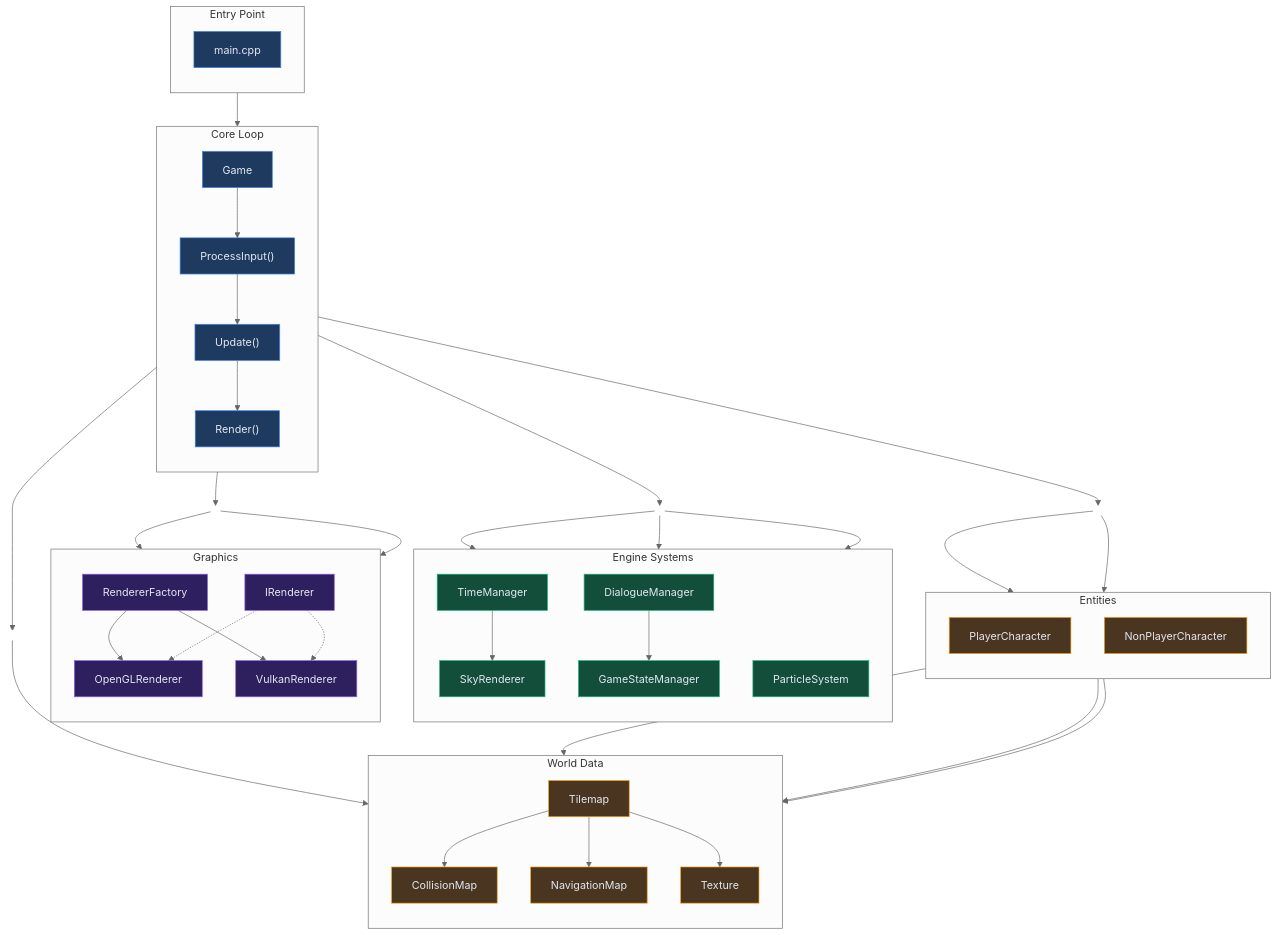
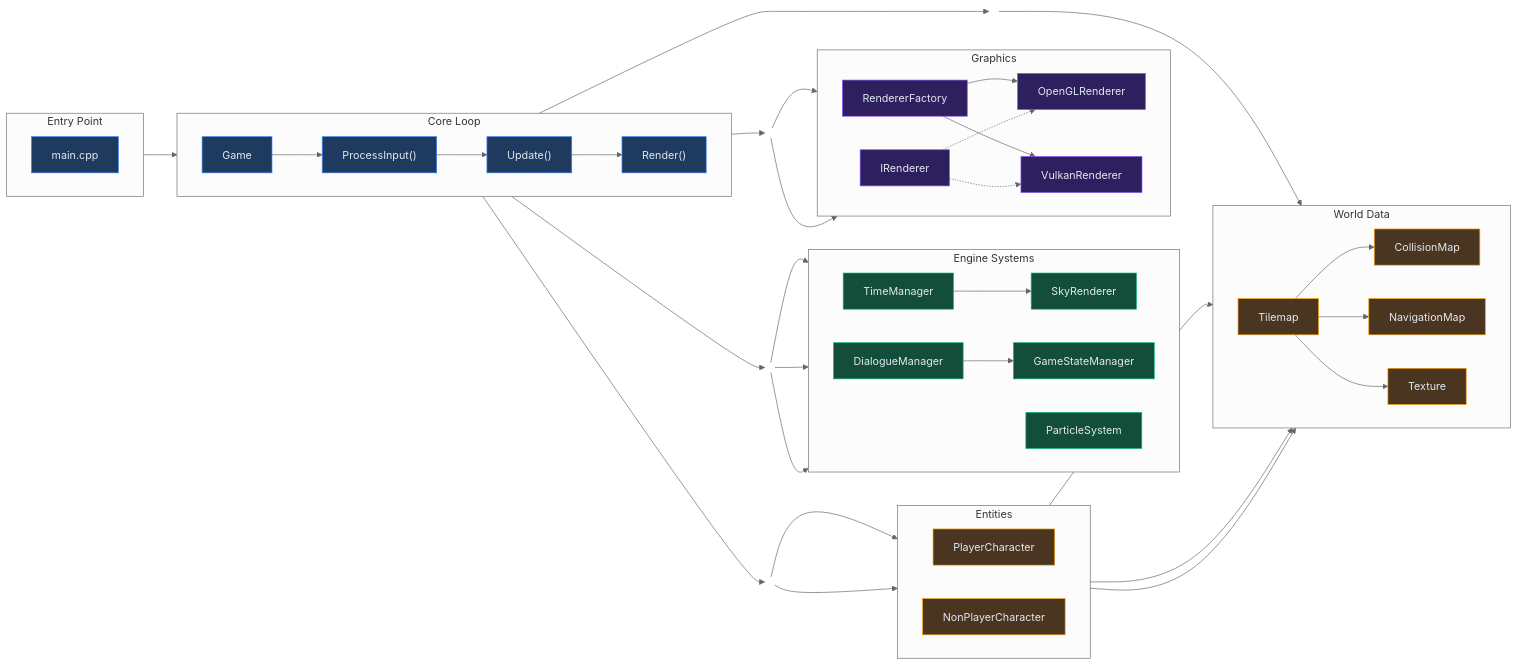
The first of 8 diagrams in docs/ARCHITECTURE.md (baaz777/rift), drawn with Mermaid (neutral theme) before and after one commit. The commit also changed other lines of this file and 38 other files, not shown here.

```diff
--- a/docs/ARCHITECTURE.md
+++ b/docs/ARCHITECTURE.md
@@ -8,17 +8,17 @@
 <pre class="mermaid">
-flowchart TB
+flowchart LR
     classDef core fill:#1e3a5f,stroke:#3b82f6,color:#e2e8f0
     classDef system fill:#134e3a,stroke:#10b981,color:#e2e8f0
     classDef render fill:#2e1f5e,stroke:#8b5cf6,color:#e2e8f0
     classDef data fill:#4a3520,stroke:#f59e0b,color:#e2e8f0
 
     subgraph Entry["Entry Point"]
-        direction TB
+        direction LR
         main["main.cpp"]:::core
     end
 
     subgraph Core["Core Loop"]
-        direction TB
+        direction LR
         Game["Game"]:::core
         Input["ProcessInput()"]:::core
         Update["Update()"]:::core
@@ -26,7 +26,7 @@
     end
 
     subgraph Systems["Engine Systems"]
-        direction TB
+        direction LR
         Time["TimeManager"]:::system
         Sky["SkyRenderer"]:::system
         Dialogue["DialogueManager"]:::system
@@ -35,7 +35,7 @@
     end
 
     subgraph Rendering["Graphics"]
-        direction TB
+        direction LR
         IRenderer["IRenderer"]:::render
         Factory["RendererFactory"]:::render
         OpenGL["OpenGLRenderer"]:::render
@@ -43,7 +43,7 @@
     end
 
     subgraph World["World Data"]
-        direction TB
+        direction LR
         Tilemap["Tilemap"]:::data
         Collision["CollisionMap"]:::data
         Navigation["NavigationMap"]:::data
@@ -51,7 +51,7 @@
     end
 
     subgraph Entities["Entities"]
-        direction TB
+        direction LR
         Player["PlayerCharacter"]:::data
         NPC["NonPlayerCharacter"]:::data
     end
```
